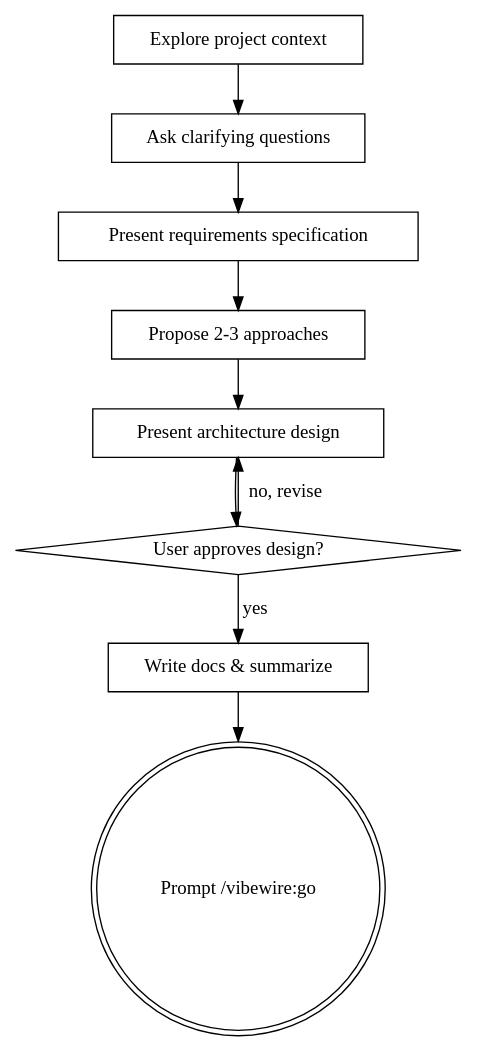
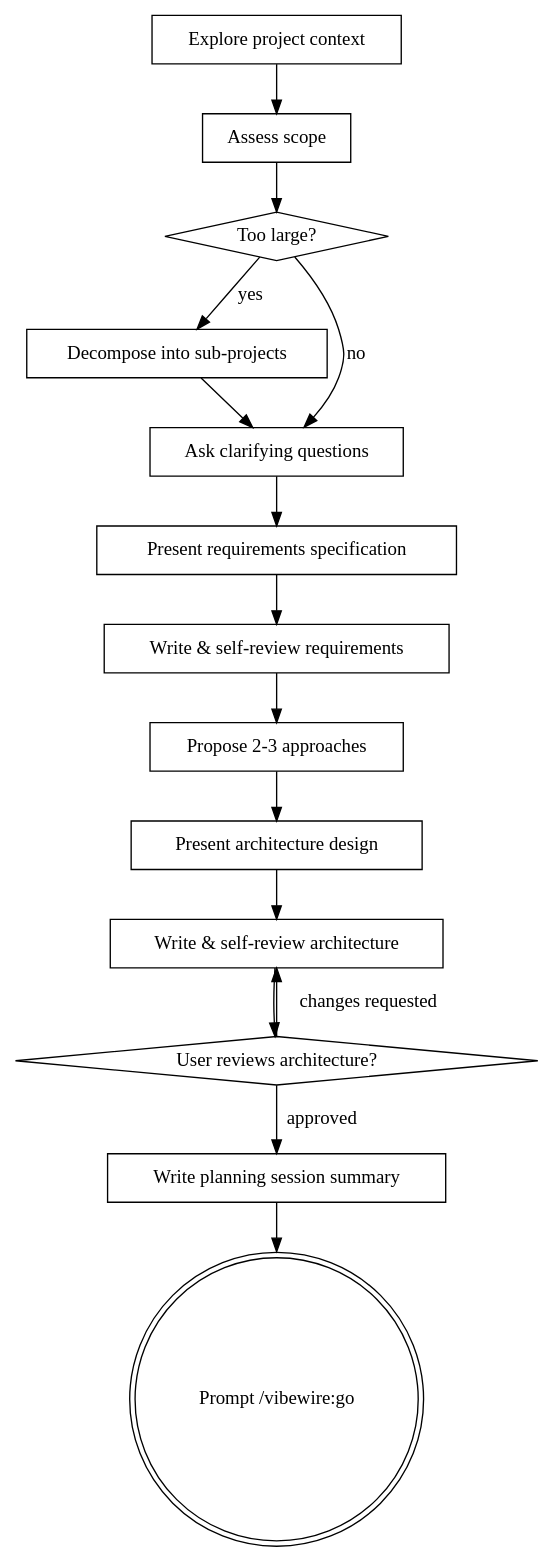
Before and after one commit to owniai/vibewire: the diagram in skills/plan/SKILL.md, drawn with Graphviz. The commit also changed other lines of this file and 16 other files, not shown here.

````diff
--- a/skills/plan/SKILL.md
+++ b/skills/plan/SKILL.md
@@ -36,21 +40,32 @@
 ```dot
 digraph plan {
     "Explore project context" [shape=box];
+    "Assess scope" [shape=box];
+    "Too large?" [shape=diamond];
+    "Decompose into sub-projects" [shape=box];
     "Ask clarifying questions" [shape=box];
     "Present requirements specification" [shape=box];
+    "Write & self-review requirements" [shape=box];
     "Propose 2-3 approaches" [shape=box];
     "Present architecture design" [shape=box];
-    "User approves design?" [shape=diamond];
-    "Write docs & summarize" [shape=box];
+    "Write & self-review architecture" [shape=box];
+    "User reviews architecture?" [shape=diamond];
+    "Write planning session summary" [shape=box];
     "Prompt /vibewire:go" [shape=doublecircle];
 
-    "Explore project context" -> "Ask clarifying questions";
+    "Explore project context" -> "Assess scope";
+    "Assess scope" -> "Too large?";
+    "Too large?" -> "Decompose into sub-projects" [label="yes"];
+    "Too large?" -> "Ask clarifying questions" [label="no"];
+    "Decompose into sub-projects" -> "Ask clarifying questions";
     "Ask clarifying questions" -> "Present requirements specification";
-    "Present requirements specification" -> "Propose 2-3 approaches";
+    "Present requirements specification" -> "Write & self-review requirements";
+    "Write & self-review requirements" -> "Propose 2-3 approaches";
     "Propose 2-3 approaches" -> "Present architecture design";
-    "Present architecture design" -> "User approves design?";
-    "User approves design?" -> "Present architecture design" [label="no, revise"];
-    "User approves design?" -> "Write docs & summarize" [label="yes"];
-    "Write docs & summarize" -> "Prompt /vibewire:go";
+    "Present architecture design" -> "Write & self-review architecture";
+    "Write & self-review architecture" -> "User reviews architecture?";
+    "User reviews architecture?" -> "Write & self-review architecture" [label="changes requested"];
+    "User reviews architecture?" -> "Write planning session summary" [label="approved"];
+    "Write planning session summary" -> "Prompt /vibewire:go";
 }
 ```
````
